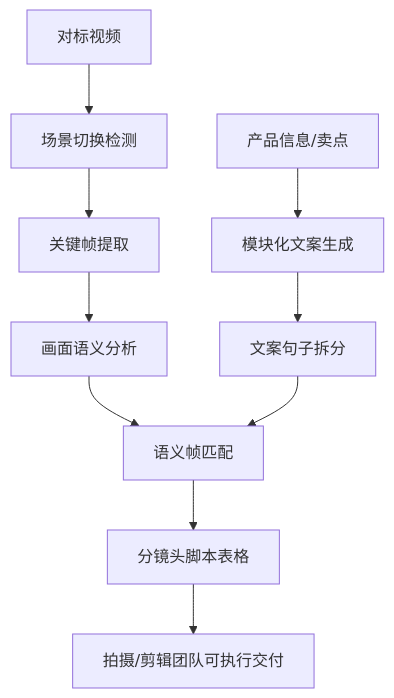
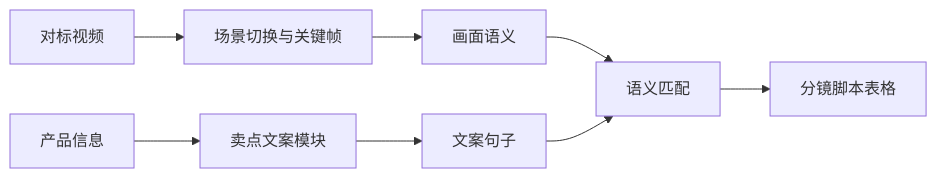
The diagram in cases/02-video-commerce-script.md (Baibaibin/ai-workflow-portfolio), drawn with Mermaid before and after one commit. The commit also changed other lines of this file and 18 other files, not shown here.

````diff
--- a/cases/02-video-commerce-script.md
+++ b/cases/02-video-commerce-script.md
@@ -24,12 +15,10 @@
 ```mermaid
-flowchart TD
-  A[对标视频] --> B[场景切换检测]
-  B --> C[关键帧提取]
-  D[产品信息/卖点] --> E[模块化文案生成]
-  C --> F[画面语义分析]
-  E --> G[文案句子拆分]
-  F --> H[语义帧匹配]
-  G --> H
-  H --> I[分镜头脚本表格]
-  I --> J[拍摄/剪辑团队可执行交付]
+flowchart LR
+  A[对标视频] --> B[场景切换与关键帧]
+  C[产品信息] --> D[卖点文案模块]
+  B --> E[画面语义]
+  D --> F[文案句子]
+  E --> G[语义匹配]
+  F --> G
+  G --> H[分镜脚本表格]
 ```
````
